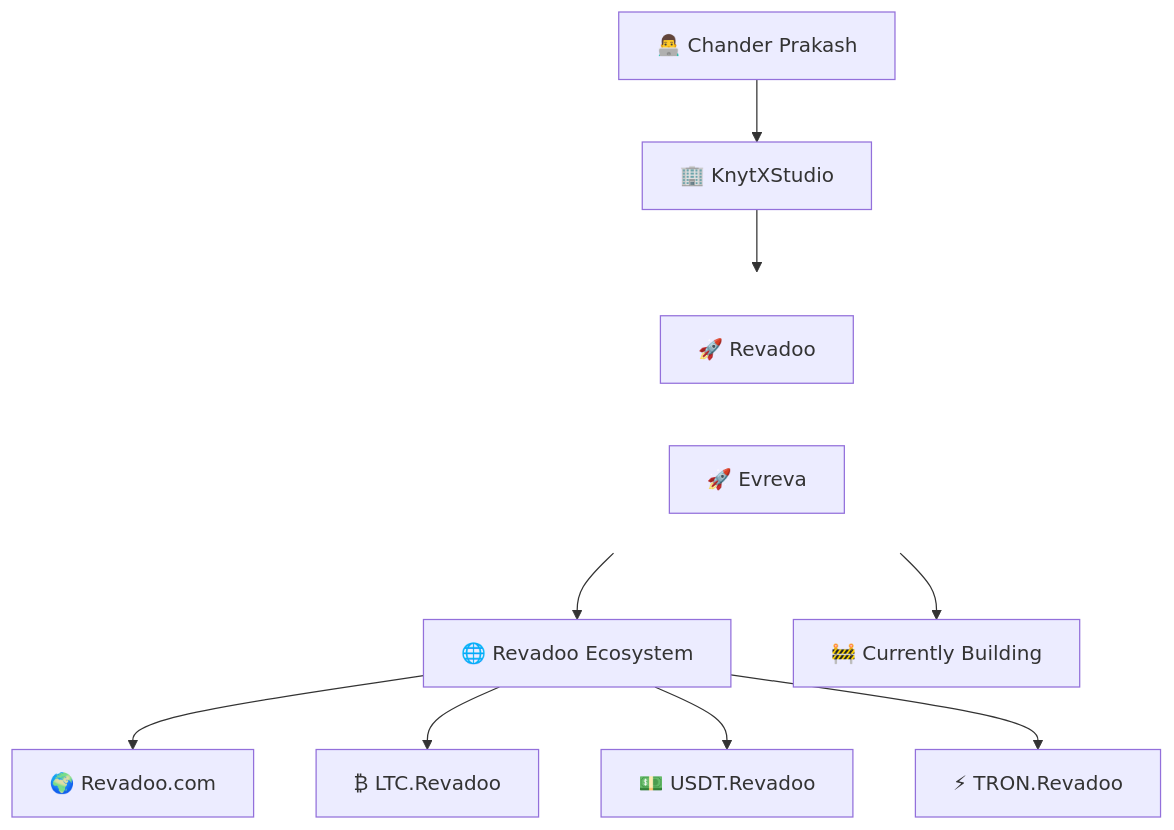
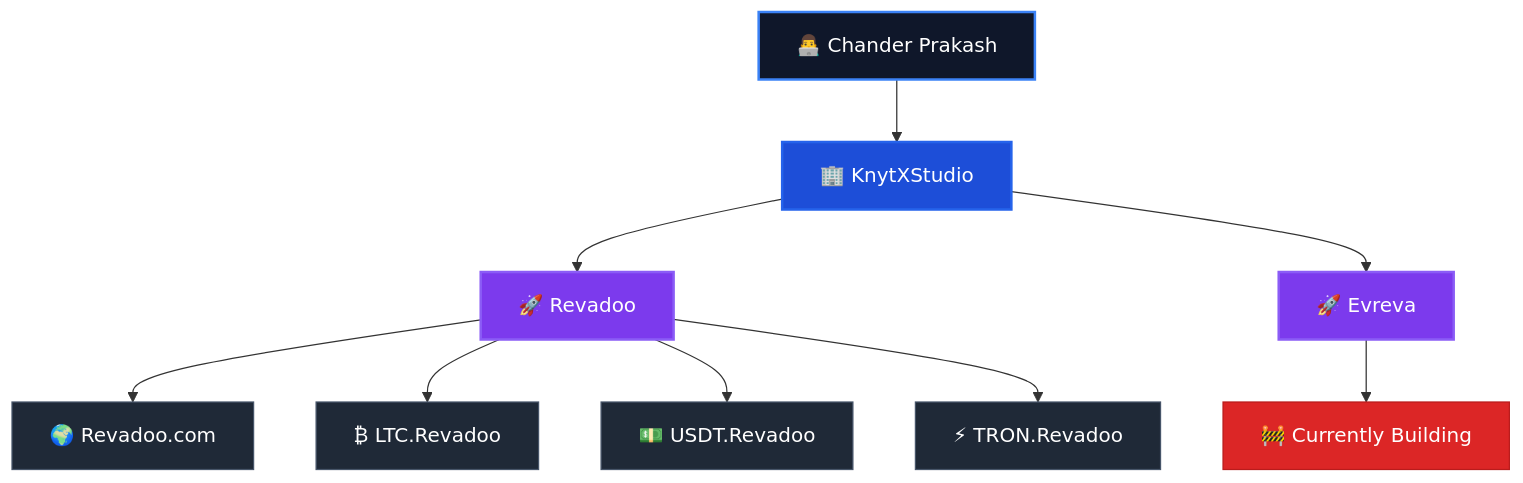
The diagram in README.md (chander20256/chander20256), drawn with Mermaid before and after one commit. The commit also changed other lines of this file, not shown here.

````diff
--- a/README.md
+++ b/README.md
@@ -29,32 +37,50 @@
 ```mermaid
-flowchart TD
+flowchart TB
 
     %% Founder
     CP["👨‍💻 Chander Prakash"]
 
-    %% Company
-    CP --> KS["🏢 KnytXStudio"]
+    %% Studio
+    KS["🏢 KnytXStudio"]
 
-    %% Products Container
-    KS --> PRODUCTS
+    %% Projects
+    REV["🚀 Revadoo"]
+    EV["🚀 Evreva"]
 
-    subgraph PRODUCTS[" "]
-        direction LR
+    %% Revadoo Products
+    MAIN["🌍 Revadoo.com"]
+    LTC["₿ LTC.Revadoo"]
+    USDT["💵 USDT.Revadoo"]
+    TRON["⚡ TRON.Revadoo"]
 
-        REV["🚀 Revadoo"]
-        EV["🚀 Evreva"]
-    end
+    %% Status
+    BUILD["🚧 Currently Building"]
 
-    %% Revadoo Ecosystem
-    REV --> ECO["🌐 Revadoo Ecosystem"]
+    %% Connections
 
-    ECO --> MAIN["🌍 Revadoo.com"]
-    ECO --> LTC["₿ LTC.Revadoo"]
-    ECO --> USDT["💵 USDT.Revadoo"]
-    ECO --> TRON["⚡ TRON.Revadoo"]
+    CP --> KS
 
-    %% Evreva Status
-    EV --> BUILD["🚧 Currently Building"]
+    KS --> REV
+    KS --> EV
 
-    style PRODUCTS fill:none,stroke:none
+    REV --> MAIN
+    REV --> LTC
+    REV --> USDT
+    REV --> TRON
+
+    EV --> BUILD
+
+    %% Colors
+
+    classDef founder fill:#0F172A,stroke:#3B82F6,color:#ffffff,stroke-width:2px
+    classDef studio fill:#1D4ED8,stroke:#2563EB,color:#ffffff,stroke-width:2px
+    classDef product fill:#7C3AED,stroke:#8B5CF6,color:#ffffff,stroke-width:2px
+    classDef portal fill:#1F2937,stroke:#475569,color:#ffffff
+    classDef status fill:#DC2626,stroke:#B91C1C,color:#ffffff
+
+    class CP founder
+    class KS studio
+    class REV,EV product
+    class MAIN,LTC,USDT,TRON portal
+    class BUILD status
 ```
````
